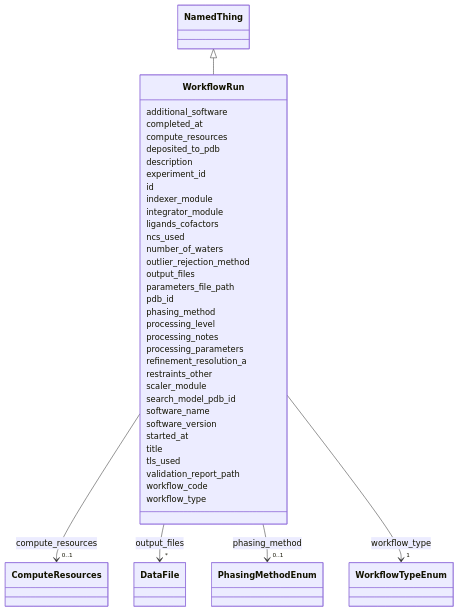
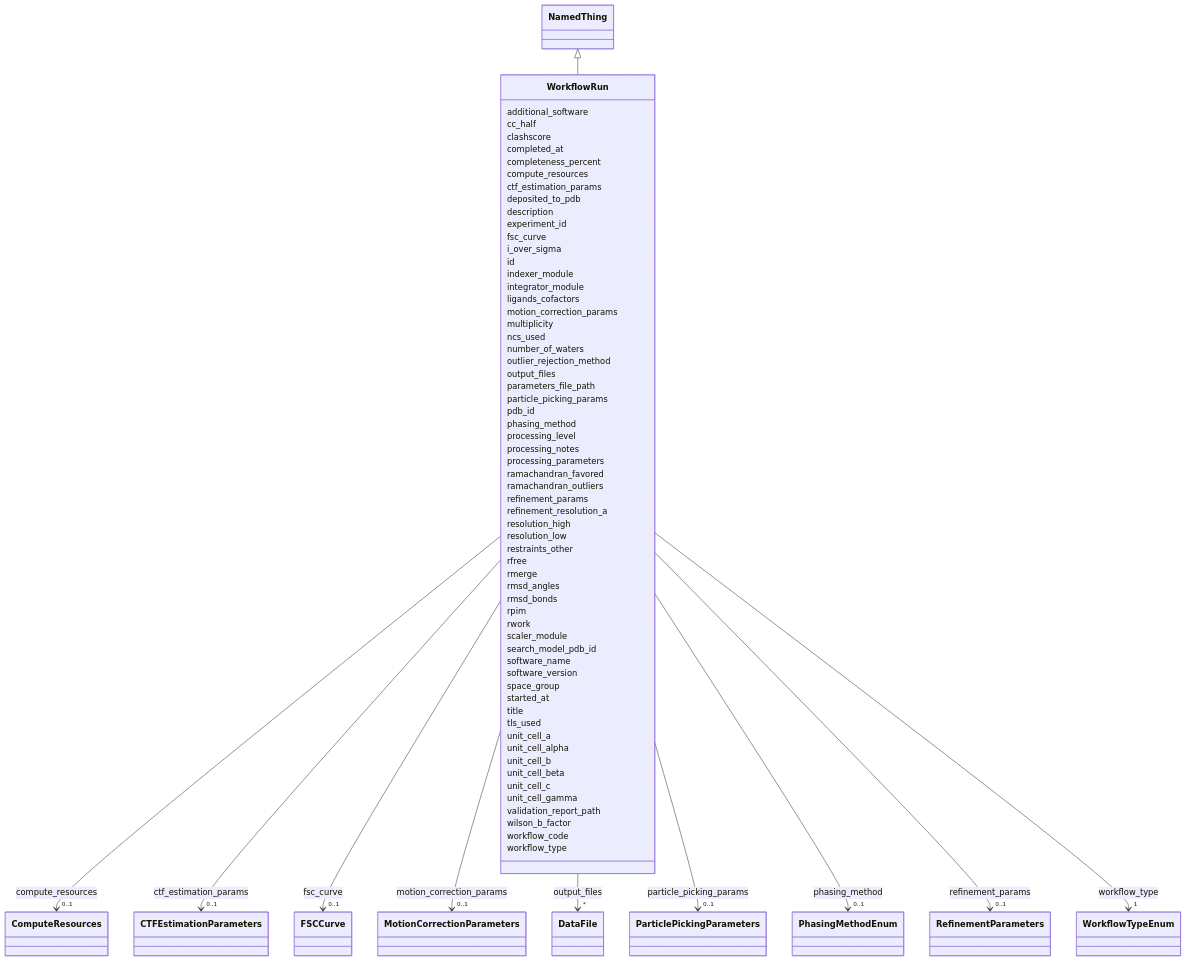
Before and after one commit to lambda-ber/lambda-ber-schema: the diagram in docs/WorkflowRun.md, drawn with Mermaid. The commit also changed other lines of this file and 278 other files, not shown here.

```diff
--- a/docs/WorkflowRun.md
+++ b/docs/WorkflowRun.md
@@ -24,7 +24,13 @@
       
       WorkflowRun : additional_software
         
+      WorkflowRun : cc_half
+        
+      WorkflowRun : clashscore
+        
       WorkflowRun : completed_at
+        
+      WorkflowRun : completeness_percent
         
       WorkflowRun : compute_resources
         
@@ -37,11 +43,35 @@
     
 
         
+      WorkflowRun : ctf_estimation_params
+        
+          
+    
+        
+        
+        WorkflowRun --> "0..1" CTFEstimationParameters : ctf_estimation_params
+        click CTFEstimationParameters href "../CTFEstimationParameters/"
+    
+
+        
       WorkflowRun : deposited_to_pdb
         
       WorkflowRun : description
         
       WorkflowRun : experiment_id
+        
+      WorkflowRun : fsc_curve
+        
+          
+    
+        
+        
+        WorkflowRun --> "0..1" FSCCurve : fsc_curve
+        click FSCCurve href "../FSCCurve/"
+    
+
+        
+      WorkflowRun : i_over_sigma
         
       WorkflowRun : id
         
@@ -50,6 +80,19 @@
       WorkflowRun : integrator_module
         
       WorkflowRun : ligands_cofactors
+        
+      WorkflowRun : motion_correction_params
+        
+          
+    
+        
+        
+        WorkflowRun --> "0..1" MotionCorrectionParameters : motion_correction_params
+        click MotionCorrectionParameters href "../MotionCorrectionParameters/"
+    
+
+        
+      WorkflowRun : multiplicity
         
       WorkflowRun : ncs_used
         
@@ -70,6 +113,17 @@
         
       WorkflowRun : parameters_file_path
         
+      WorkflowRun : particle_picking_params
+        
+          
+    
+        
+        
+        WorkflowRun --> "0..1" ParticlePickingParameters : particle_picking_params
+        click ParticlePickingParameters href "../ParticlePickingParameters/"
+    
+
+        
       WorkflowRun : pdb_id
         
       WorkflowRun : phasing_method
@@ -89,9 +143,40 @@
         
       WorkflowRun : processing_parameters
         
+      WorkflowRun : ramachandran_favored
+        
+      WorkflowRun : ramachandran_outliers
+        
+      WorkflowRun : refinement_params
+        
+          
+    
+        
+        
+        WorkflowRun --> "0..1" RefinementParameters : refinement_params
+        click RefinementParameters href "../RefinementParameters/"
+    
+
+        
       WorkflowRun : refinement_resolution_a
         
+      WorkflowRun : resolution_high
+        
+      WorkflowRun : resolution_low
+        
       WorkflowRun : restraints_other
+        
+      WorkflowRun : rfree
+        
+      WorkflowRun : rmerge
+        
+      WorkflowRun : rmsd_angles
+        
+      WorkflowRun : rmsd_bonds
+        
+      WorkflowRun : rpim
+        
+      WorkflowRun : rwork
         
       WorkflowRun : scaler_module
         
@@ -101,13 +186,29 @@
         
       WorkflowRun : software_version
         
+      WorkflowRun : space_group
+        
       WorkflowRun : started_at
         
       WorkflowRun : title
         
       WorkflowRun : tls_used
         
+      WorkflowRun : unit_cell_a
+        
+      WorkflowRun : unit_cell_alpha
+        
+      WorkflowRun : unit_cell_b
+        
+      WorkflowRun : unit_cell_beta
+        
+      WorkflowRun : unit_cell_c
+        
+      WorkflowRun : unit_cell_gamma
+        
       WorkflowRun : validation_report_path
+        
+      WorkflowRun : wilson_b_factor
         
       WorkflowRun : workflow_code
         
```
